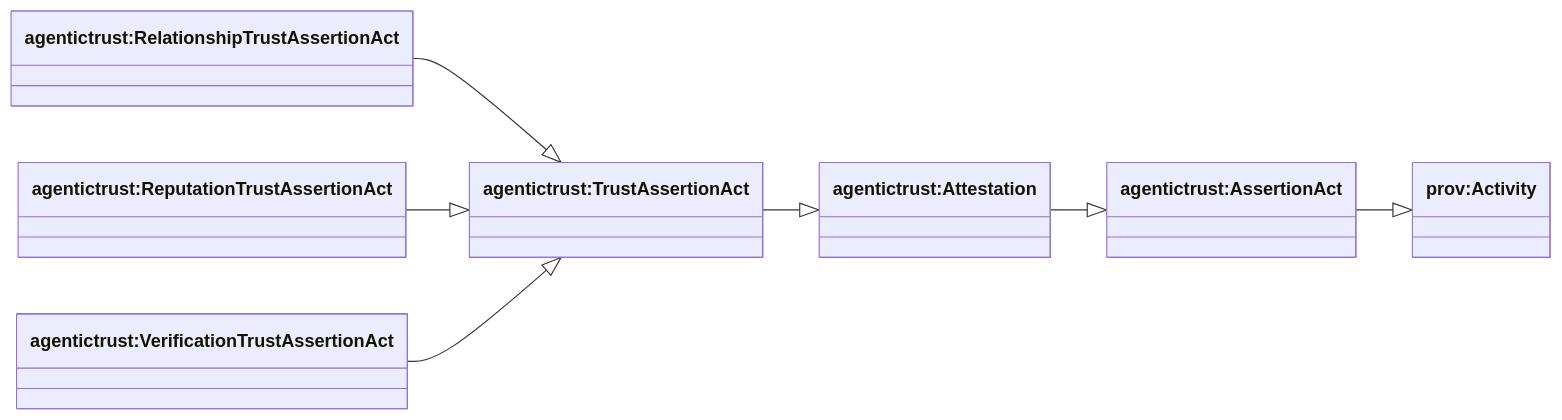
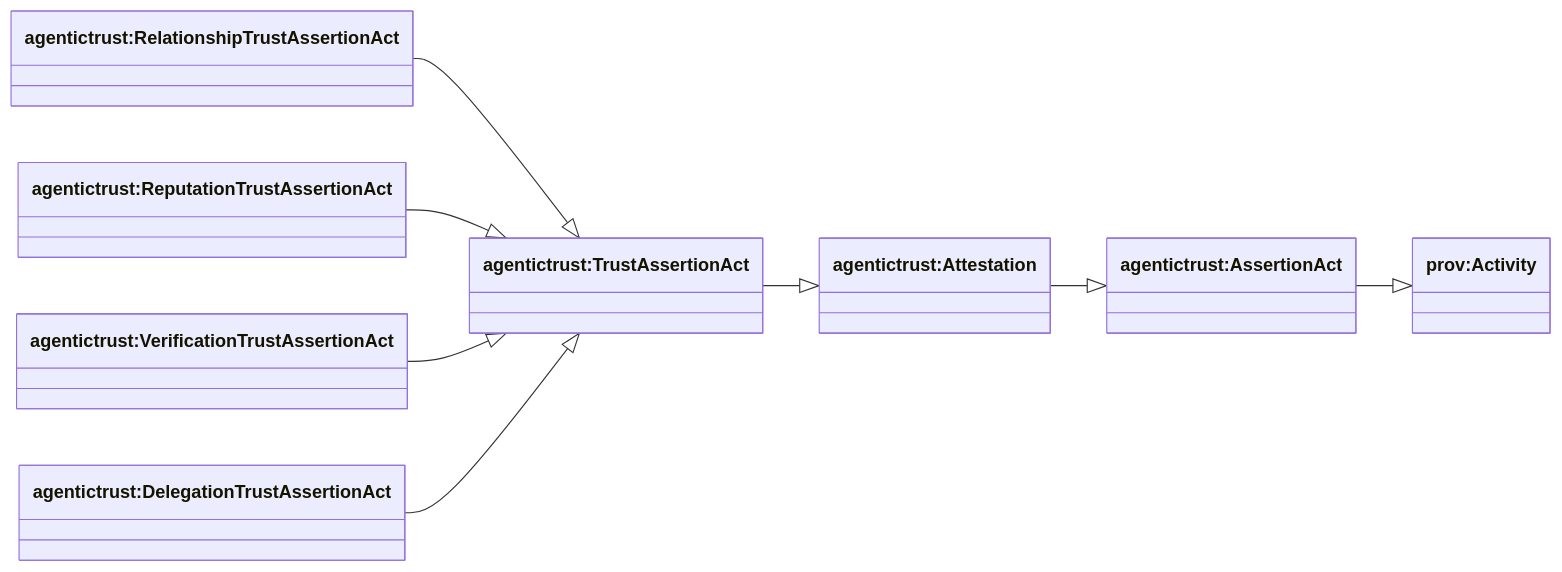
One commit to Agentic-Trust-Layer/agent-explorer changed the second of 9 diagrams in docs/ontology/situation.md. Above: the diagram before and after it, drawn with Mermaid. The commit also changed other lines of this file and 3 other files, not shown here.

Commit message:
add DelegationTrustAssertion to models and wasAuthorizedByDelegation

````diff
--- a/docs/ontology/situation.md
+++ b/docs/ontology/situation.md
@@ -65,19 +67,21 @@
 ```mermaid
 classDiagram
 direction LR
 
 class provActivity["prov:Activity"]
 class AssertionAct["agentictrust:AssertionAct"]
 class Attestation["agentictrust:Attestation"]
 class TrustAssertionAct["agentictrust:TrustAssertionAct"]
 class RelationshipAssertionAct["agentictrust:RelationshipTrustAssertionAct"]
 class ReputationAssertionAct["agentictrust:ReputationTrustAssertionAct"]
 class VerificationAssertionAct["agentictrust:VerificationTrustAssertionAct"]
+class DelegationAssertionAct["agentictrust:DelegationTrustAssertionAct"]
 
 AssertionAct --|> provActivity
 Attestation --|> AssertionAct
 TrustAssertionAct --|> Attestation
 RelationshipAssertionAct --|> TrustAssertionAct
 ReputationAssertionAct --|> TrustAssertionAct
 VerificationAssertionAct --|> TrustAssertionAct
+DelegationAssertionAct --|> TrustAssertionAct
 ```
````
